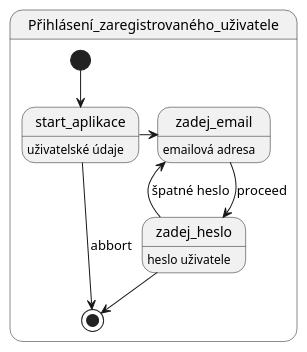
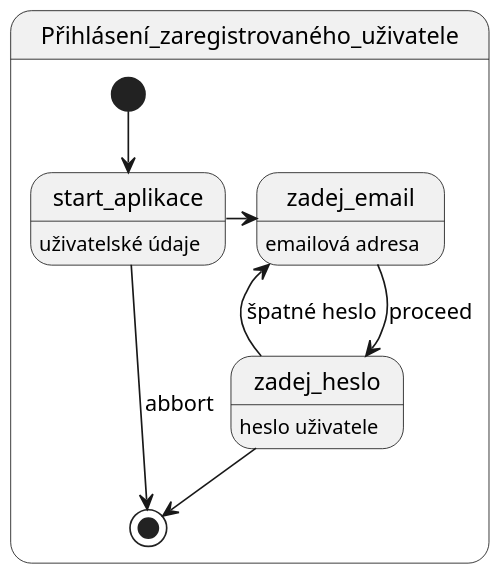
Before and after one commit to david19au/smudlove-tymova-prace: the third of 5 diagrams in README.md, drawn with PlantUML. The commit also changed other lines of this file, not shown here.

Commit message:
UML diagram - component (chatLog)

````diff
--- a/README.md
+++ b/README.md
@@ -462,19 +462,16 @@
 ```plantuml
-scale 300 width
+scale 500 width
 state Přihlásení_zaregistrovaného_uživatele {
 [*] --> start_aplikace
 start_aplikace : uživatelské údaje
+start_aplikace --> [*] : abbort
+start_aplikace -> zadej_email
 
-start_aplikace --> [*] : abbort
+zadej_email : emailová adresa
+zadej_email --> zadej_heslo : proceed
 
-start_aplikace -> zadej_email
-zadej_email : emailová adresa
-
-zadej_email --> zadej_heslo : proceed
 zadej_heslo : heslo uživatele
-
 zadej_heslo --> zadej_email : špatné heslo
-
 zadej_heslo --> [*]
 }
 ```
````
